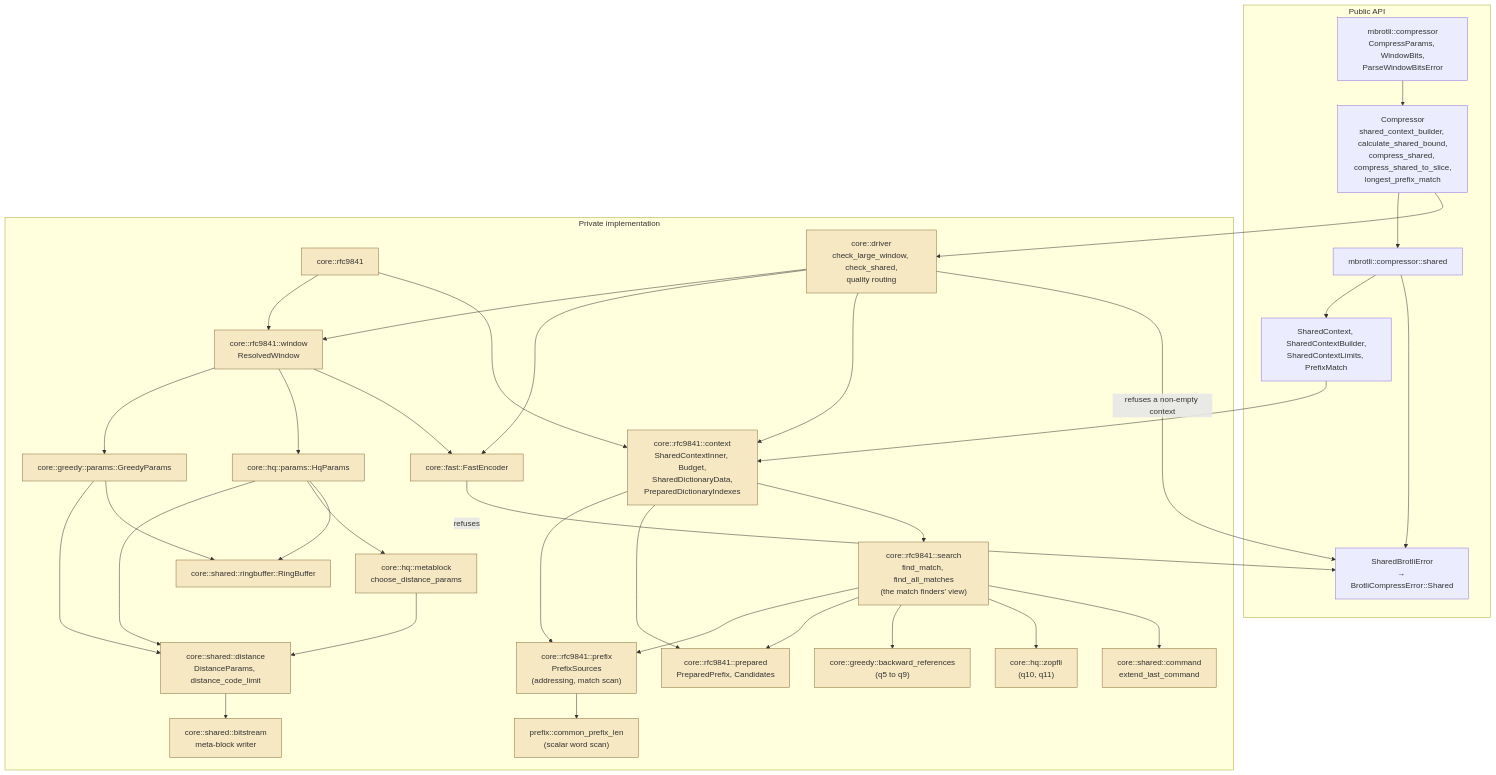
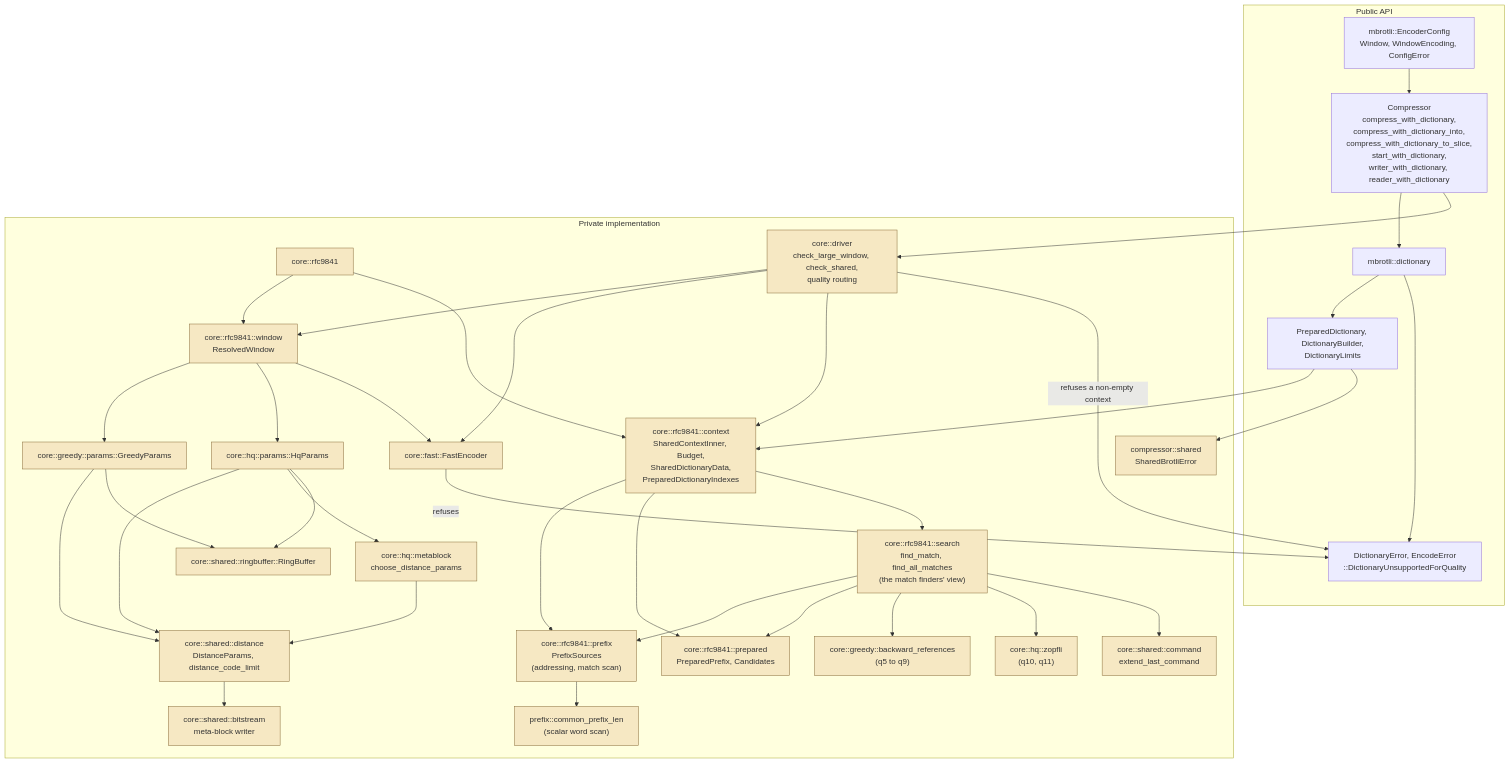
Before and after one commit to Mnwa/mbrotli: the first of 13 diagrams in architecture/shared-brotli.md, drawn with Mermaid. The commit also changed other lines of this file and 104 other files, not shown here.

````diff
--- a/architecture/shared-brotli.md
+++ b/architecture/shared-brotli.md
@@ -39,67 +43,69 @@
 ```mermaid
 graph TD
     subgraph public["Public API"]
-        comp["mbrotli::compressor<br/>CompressParams, WindowBits,<br/>ParseWindowBitsError"]
-        entry["Compressor<br/>shared_context_builder, calculate_shared_bound,<br/>compress_shared, compress_shared_to_slice,<br/>longest_prefix_match"]
-        sharedmod["mbrotli::compressor::shared"]
-        ctx["SharedContext, SharedContextBuilder,<br/>SharedContextLimits, PrefixMatch"]
-        err["SharedBrotliError<br/>→ BrotliCompressError::Shared"]
+        comp["mbrotli::EncoderConfig<br/>Window, WindowEncoding, ConfigError"]
+        entry["Compressor<br/>compress_with_dictionary,<br/>compress_with_dictionary_into,<br/>compress_with_dictionary_to_slice,<br/>start_with_dictionary,<br/>writer_with_dictionary, reader_with_dictionary"]
+        sharedmod["mbrotli::dictionary"]
+        ctx["PreparedDictionary, DictionaryBuilder,<br/>DictionaryLimits"]
+        err["DictionaryError, EncodeError<br/>::DictionaryUnsupportedForQuality"]
     end
 
     subgraph private["Private implementation"]
+        sharederr["compressor::shared<br/>SharedBrotliError"]
         rfc["core::rfc9841"]
         window["core::rfc9841::window<br/>ResolvedWindow"]
         inner["core::rfc9841::context<br/>SharedContextInner, Budget,<br/>SharedDictionaryData,<br/>PreparedDictionaryIndexes"]
         pfx["core::rfc9841::prefix<br/>PrefixSources<br/>(addressing, match scan)"]
         prep["core::rfc9841::prepared<br/>PreparedPrefix, Candidates"]
         search["core::rfc9841::search<br/>find_match, find_all_matches<br/>(the match finders' view)"]
     driver["core::driver<br/>check_large_window, check_shared,<br/>quality routing"]
     gsearch["core::greedy::backward_references<br/>(q5 to q9)"]
     hsearch["core::hq::zopfli<br/>(q10, q11)"]
     cmd["core::shared::command<br/>extend_last_command"]
         dist["core::shared::distance<br/>DistanceParams, distance_code_limit"]
         mlen["prefix::common_prefix_len<br/>(scalar word scan)"]
         gparams["core::greedy::params::GreedyParams"]
         hparams["core::hq::params::HqParams"]
         fast["core::fast::FastEncoder"]
         gmeta["core::hq::metablock<br/>choose_distance_params"]
         bitstream["core::shared::bitstream<br/>meta-block writer"]
         ring["core::shared::ringbuffer::RingBuffer"]
     end
 
     comp --> entry
     entry --> sharedmod
     sharedmod --> ctx
     sharedmod --> err
     ctx --> inner
+    ctx --> sharederr
     entry --> driver
     driver --> window
     driver --> fast
     driver --> inner
     rfc --> window
     rfc --> inner
     inner --> pfx
     inner --> prep
     inner --> search
     search --> pfx
     search --> prep
     search --> gsearch
     search --> hsearch
     search --> cmd
     pfx --> mlen
     window --> gparams
     window --> hparams
     window --> fast
     gparams --> dist
     hparams --> dist
     hparams --> gmeta
     gmeta --> dist
     dist --> bitstream
     gparams --> ring
     hparams --> ring
     fast -->|refuses| err
     driver -->|refuses a non-empty context| err
 
     classDef privateNode fill:#f6e8c3,stroke:#8a6d3b;
-    class rfc,window,inner,pfx,prep,search,driver,dist,mlen,gparams,hparams,fast,gmeta,bitstream,ring,gsearch,hsearch,cmd privateNode;
+    class sharederr,rfc,window,inner,pfx,prep,search,driver,dist,mlen,gparams,hparams,fast,gmeta,bitstream,ring,gsearch,hsearch,cmd privateNode;
 ```
````
